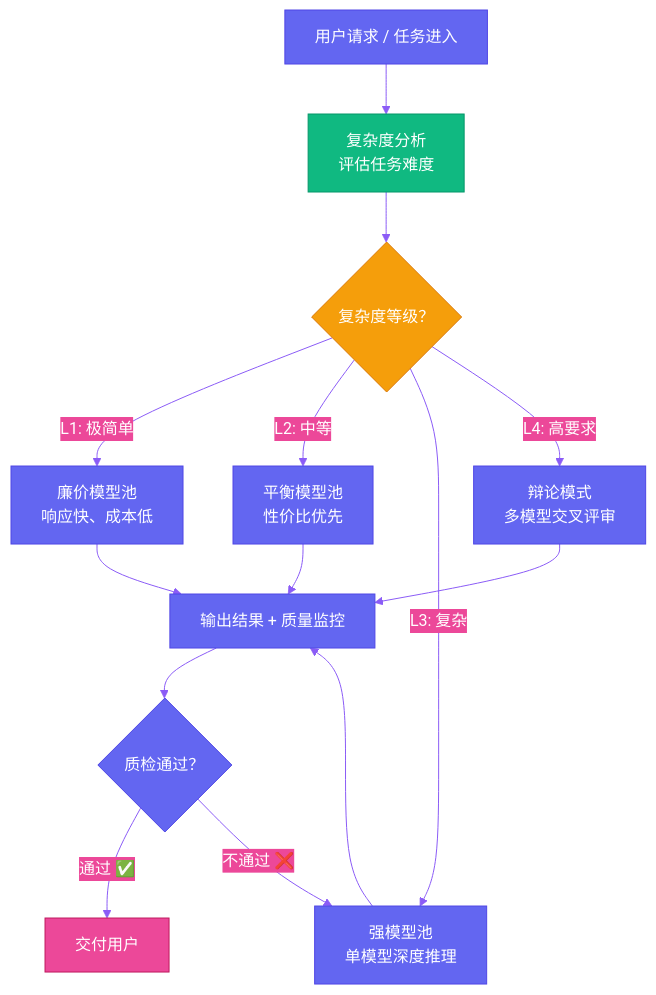
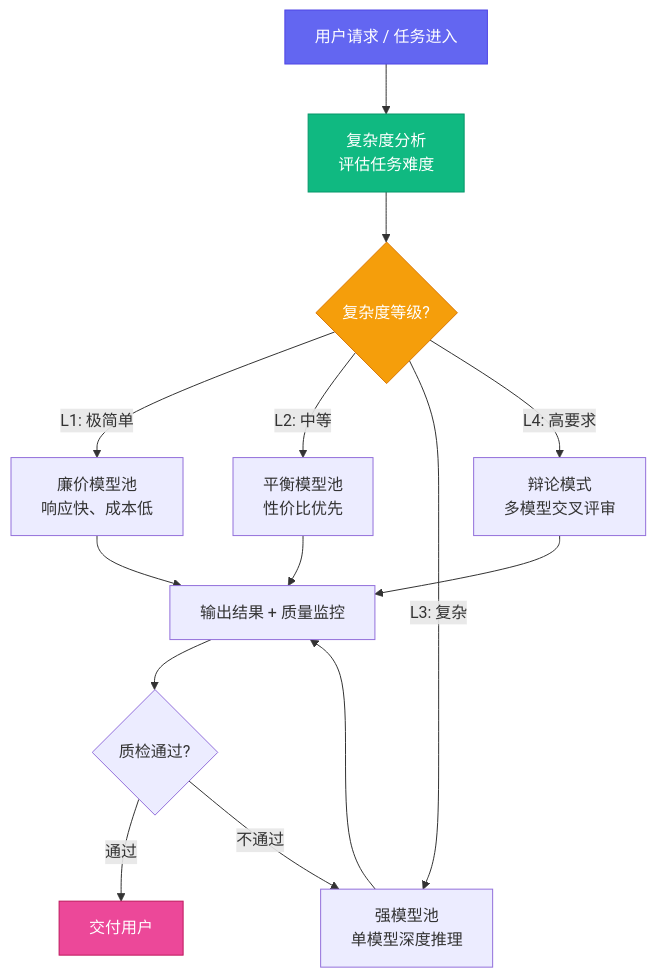
Before and after one commit to VokoForge/ai-prism: the first of 4 diagrams in posts/yason-and-roberts/zh/ch06.md, drawn with Mermaid. The commit also changed other lines of this file and 31 other files, not shown here.

First line of the commit message:
✨ Rewrite all articles: hook titles, Mermaid diagrams, engaging style

````diff
--- a/posts/yason-and-roberts/zh/ch06.md
+++ b/posts/yason-and-roberts/zh/ch06.md
@@ -30,25 +30,24 @@
 ```mermaid
-%%{init: {'theme': 'base', 'themeVariables': {'primaryColor': '#6366f1','primaryTextColor': '#fff','primaryBorderColor': '#4f46e5','lineColor': '#8b5cf6','secondaryColor': '#ec4899','tertiaryColor': '#f59e0b'}}}%%
 flowchart TB
     R["用户请求 / 任务进入"] --> A["复杂度分析<br>评估任务难度"]
-    A --> B{"复杂度等级？"}
+    A --> B{"复杂度等级?"}
 
     B -->|"L1: 极简单"| C1["廉价模型池<br>响应快、成本低"]
     B -->|"L2: 中等"| C2["平衡模型池<br>性价比优先"]
     B -->|"L3: 复杂"| C3["强模型池<br>单模型深度推理"]
     B -->|"L4: 高要求"| C4["辩论模式<br>多模型交叉评审"]
 
     C1 --> D["输出结果 + 质量监控"]
     C2 --> D
     C3 --> D
     C4 --> D
 
-    D --> E{"质检通过？"}
-    E -->|"通过 ✅"| F["交付用户"]
-    E -->|"不通过 ❌"| C3
+    D --> E{"质检通过?"}
+    E -->|"通过"| F["交付用户"]
+    E -->|"不通过"| C3
 
     style R fill:#6366f1,stroke:#4f46e5,color:#fff
     style A fill:#10b981,stroke:#059669,color:#fff
     style B fill:#f59e0b,stroke:#d97706,color:#fff
     style F fill:#ec4899,stroke:#be185d,color:#fff
 ```
````
